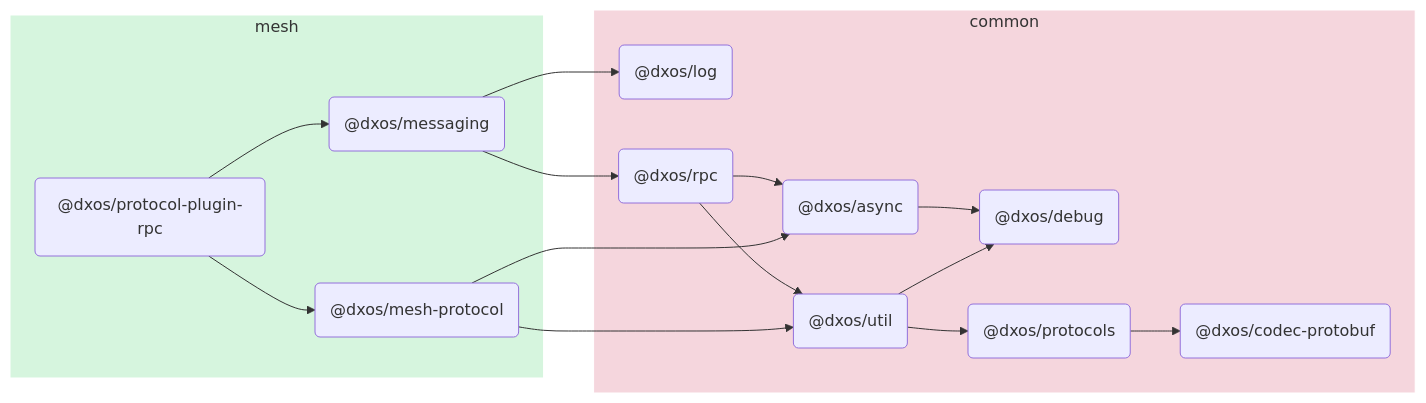
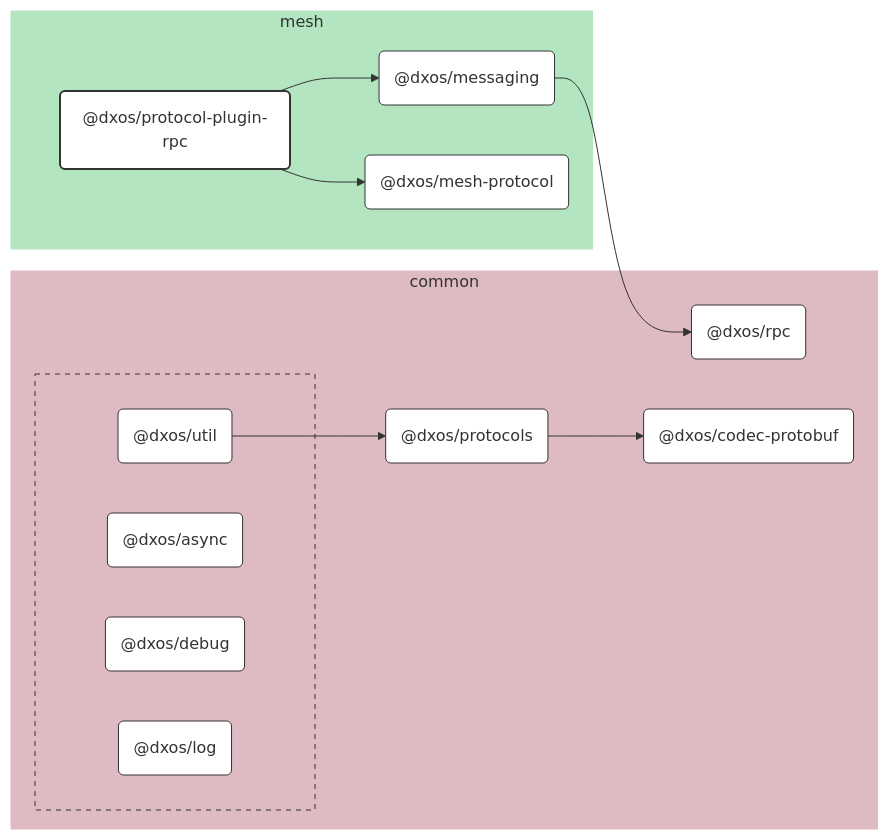
One commit to dxos/dxos changed the diagram in packages/mesh/protocol-plugin-rpc/docs/README.md. Above: the diagram before and after it, drawn with Mermaid. The commit also changed other lines of this file and 109 other files, not shown here.

````diff
--- a/packages/mesh/protocol-plugin-rpc/docs/README.md
+++ b/packages/mesh/protocol-plugin-rpc/docs/README.md
@@ -5,34 +7,67 @@
 ```mermaid
-flowchart LR;
+%%{ init: {'flowchart':{'curve':'basis'}} }%%
 
+flowchart LR
+
+%% Links
+dxos/messaging --> dxos/rpc;
+dxos/protocol-plugin-rpc --> dxos/mesh-protocol;
+dxos/protocol-plugin-rpc --> dxos/messaging;
+dxos/protocols --> dxos/codec-protobuf;
+dxos/util --> dxos/protocols;
+
+%% Sections
 subgraph mesh
-  style mesh fill:#d6f5de,stroke:#fff;
-  dxos/protocol-plugin-rpc("@dxos/protocol-plugin-rpc");
-  dxos/messaging("@dxos/messaging");
-  dxos/mesh-protocol("@dxos/mesh-protocol");
+  style mesh fill:#b3e6c0,stroke:#fff;
+
+  dxos/mesh-protocol("@dxos/mesh-protocol")
+  dxos/messaging("@dxos/messaging")
+  dxos/protocol-plugin-rpc("@dxos/protocol-plugin-rpc")
 end
 
 subgraph common
-  style common fill:#f5d6dd,stroke:#fff;
-  dxos/async("@dxos/async");
-  dxos/debug("@dxos/debug");
-  dxos/codec-protobuf("@dxos/codec-protobuf");
-  dxos/log("@dxos/log");
-  dxos/protocols("@dxos/protocols");
-  dxos/rpc("@dxos/rpc");
-  dxos/util("@dxos/util");
+  style common fill:#debac2,stroke:#fff;
+
+  dxos/codec-protobuf("@dxos/codec-protobuf")
+  dxos/protocols("@dxos/protocols")
+  dxos/rpc("@dxos/rpc")
+
+  subgraph common-excluded [ ]
+    style common-excluded fill:#debac2,stroke:#333,stroke-dasharray:5 5;
+
+    dxos/async("@dxos/async")
+    dxos/debug("@dxos/debug")
+    dxos/log("@dxos/log")
+    dxos/util("@dxos/util")
+  end
 end
 
-dxos/async --> dxos/debug;
-dxos/protocol-plugin-rpc --> dxos/messaging;
-dxos/messaging --> dxos/log;
-dxos/protocols --> dxos/codec-protobuf;
-dxos/messaging --> dxos/rpc;
-dxos/rpc --> dxos/async;
-dxos/rpc --> dxos/util;
-dxos/util --> dxos/debug;
-dxos/util --> dxos/protocols;
-dxos/protocol-plugin-rpc --> dxos/mesh-protocol;
-dxos/mesh-protocol --> dxos/async;
-dxos/mesh-protocol --> dxos/util;
+
+%% Hyperlinks
+click dxos/async href "https:/github.com/dxos/dxos/tree/main/packages/common/async/docs";
+click dxos/codec-protobuf href "https:/github.com/dxos/dxos/tree/main/packages/common/codec-protobuf/docs";
+click dxos/debug href "https:/github.com/dxos/dxos/tree/main/packages/common/debug/docs";
+click dxos/log href "https:/github.com/dxos/dxos/tree/main/packages/common/log/docs";
+click dxos/mesh-protocol href "https:/github.com/dxos/dxos/tree/main/packages/mesh/mesh-protocol/docs";
+click dxos/messaging href "https:/github.com/dxos/dxos/tree/main/packages/mesh/messaging/docs";
+click dxos/protocols href "https:/github.com/dxos/dxos/tree/main/packages/common/protocols/docs";
+click dxos/rpc href "https:/github.com/dxos/dxos/tree/main/packages/common/rpc/docs";
+click dxos/util href "https:/github.com/dxos/dxos/tree/main/packages/common/util/docs";
+
+%% Styles
+classDef rootNode fill:#fff,stroke:#333,stroke-width:2px
+classDef defaultNode fill:#fff,stroke:#333,stroke-width:1px
+linkStyle default stroke:#333,stroke-width:1px
+
+dxos/protocol-plugin-rpc:::rootNode
+
+dxos/async:::defaultNode
+dxos/codec-protobuf:::defaultNode
+dxos/debug:::defaultNode
+dxos/log:::defaultNode
+dxos/mesh-protocol:::defaultNode
+dxos/messaging:::defaultNode
+dxos/protocols:::defaultNode
+dxos/rpc:::defaultNode
+dxos/util:::defaultNode
 ```
````
